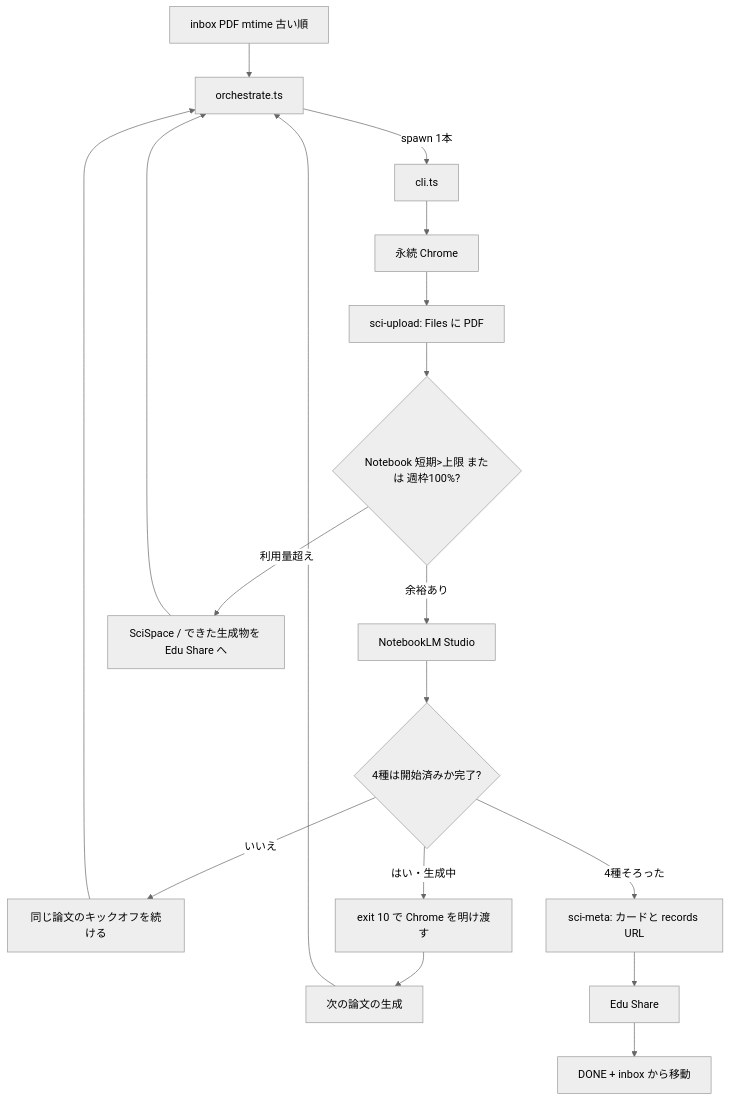
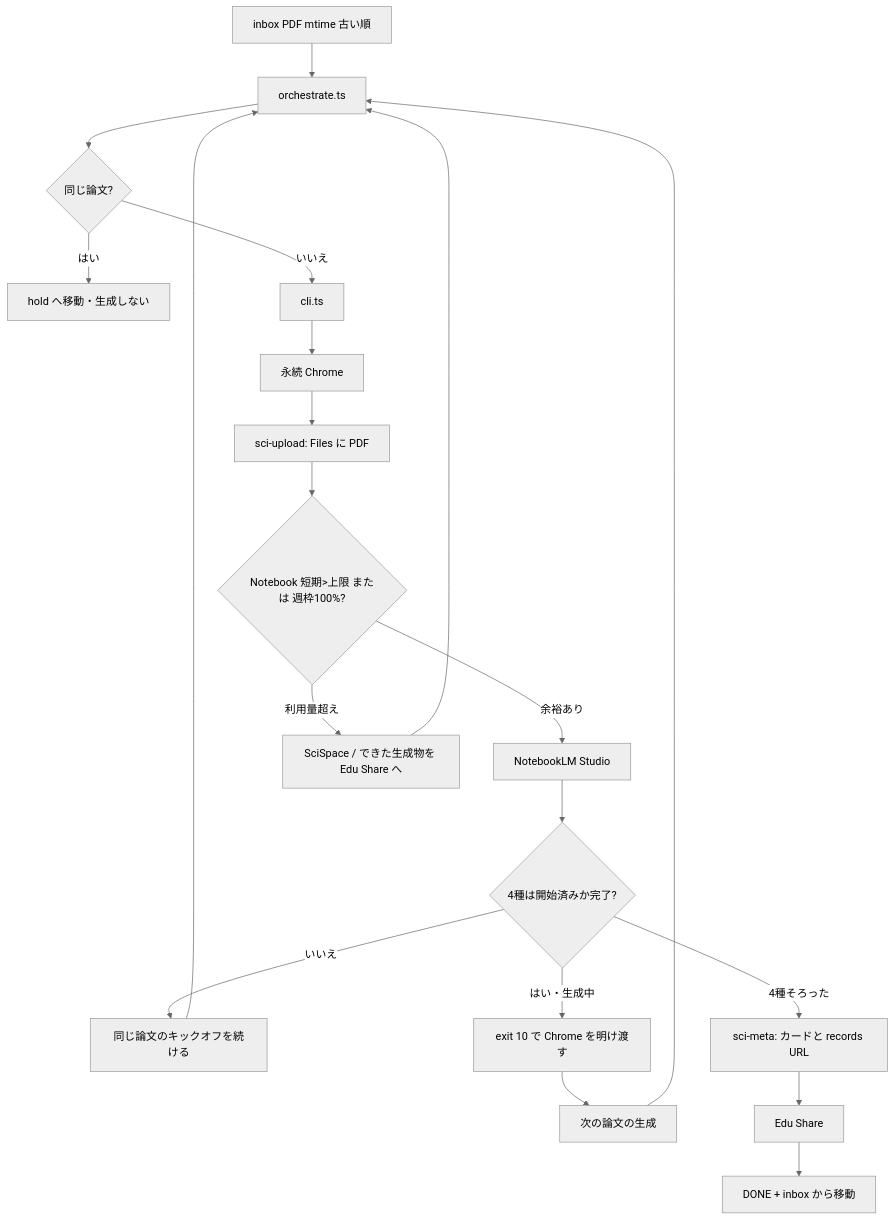
Before and after one commit to doren-hub/Edu-Share: the first of 4 diagrams in tools/paper-pipeline/docs/flow.md, drawn with Mermaid (neutral theme). The commit also changed other lines of this file and 8 other files, not shown here.

````diff
--- a/tools/paper-pipeline/docs/flow.md
+++ b/tools/paper-pipeline/docs/flow.md
@@ -11,20 +11,22 @@
 ```mermaid
 flowchart TD
   inbox[inbox PDF mtime 古い順] --> orch[orchestrate.ts]
-  orch -->|spawn 1本| worker[cli.ts]
+  orch --> dup{同じ論文?}
+  dup -->|はい| hold[hold へ移動・生成しない]
+  dup -->|いいえ| worker[cli.ts]
   worker --> chrome[永続 Chrome]
   chrome --> sciUp[sci-upload: Files に PDF]
   sciUp --> quota{Notebook 短期>上限 または 週枠100%?}
   quota -->|余裕あり| nlm[NotebookLM Studio]
   quota -->|利用量超え| harvest[SciSpace / できた生成物を Edu Share へ]
   harvest --> orch
   nlm --> wait{4種は開始済みか完了?}
   wait -->|いいえ| same[同じ論文のキックオフを続ける]
   same --> orch
   wait -->|はい・生成中| yield[exit 10 で Chrome を明け渡す]
   yield --> next[次の論文の生成]
   next --> orch
   wait -->|4種そろった| sciMeta[sci-meta: カードと records URL]
   sciMeta --> edu[Edu Share]
   edu --> done[DONE + inbox から移動]
 ```
````
